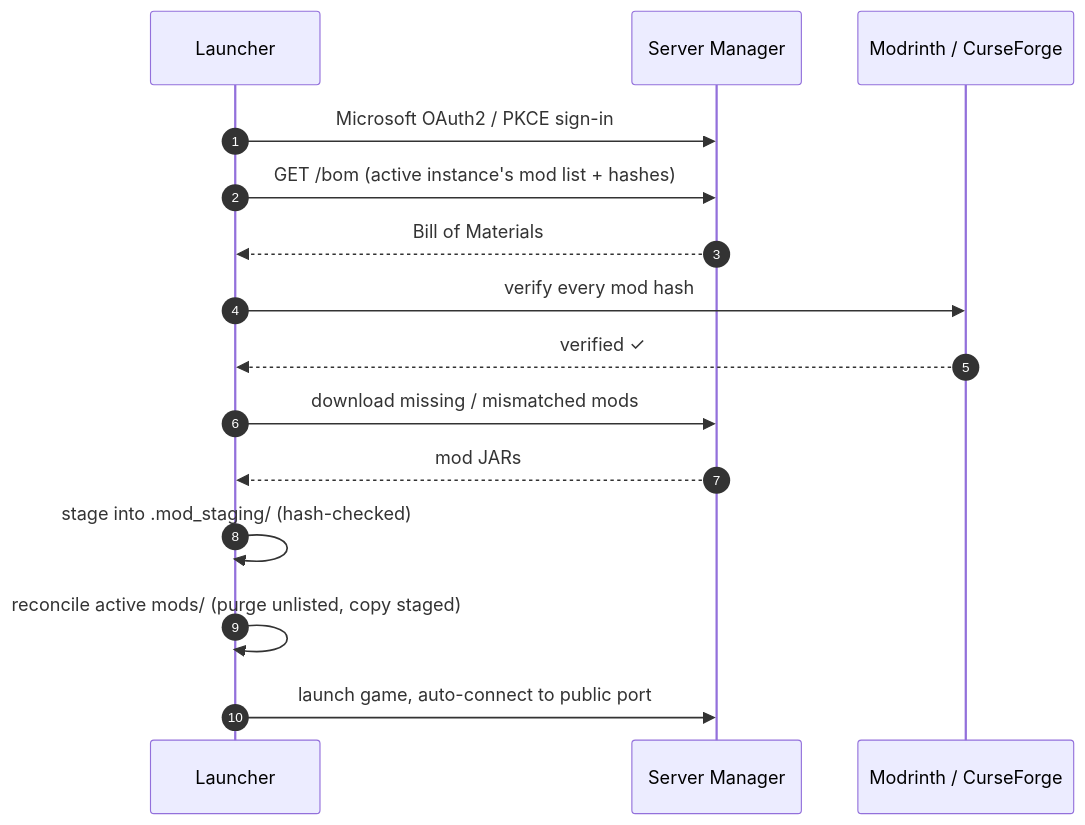
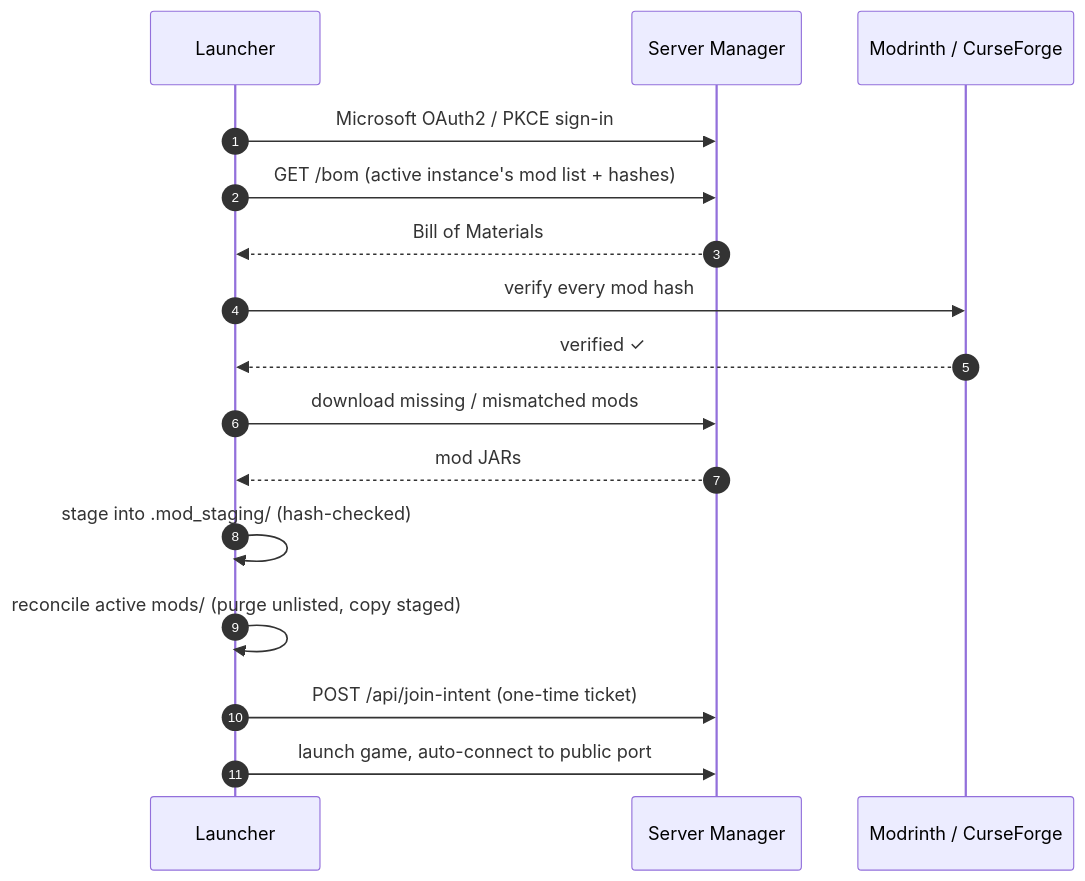
The second of 2 diagrams in README.md (DevTheDev189/Zircon), drawn with Mermaid before and after one commit. The commit also changed other lines of this file, not shown here.

````diff
--- a/README.md
+++ b/README.md
@@ -92,17 +81,18 @@
 ```mermaid
 sequenceDiagram
     autonumber
     participant Launcher
     participant Server as Server Manager
     participant Providers as Modrinth / CurseForge
     Launcher->>Server: Microsoft OAuth2 / PKCE sign-in
     Launcher->>Server: GET /bom (active instance's mod list + hashes)
     Server-->>Launcher: Bill of Materials
     Launcher->>Providers: verify every mod hash
     Providers-->>Launcher: verified ✓
     Launcher->>Server: download missing / mismatched mods
     Server-->>Launcher: mod JARs
     Launcher->>Launcher: stage into .mod_staging/ (hash-checked)
     Launcher->>Launcher: reconcile active mods/ (purge unlisted, copy staged)
+    Launcher->>Server: POST /api/join-intent (one-time ticket)
     Launcher->>Server: launch game, auto-connect to public port
 ```
````
